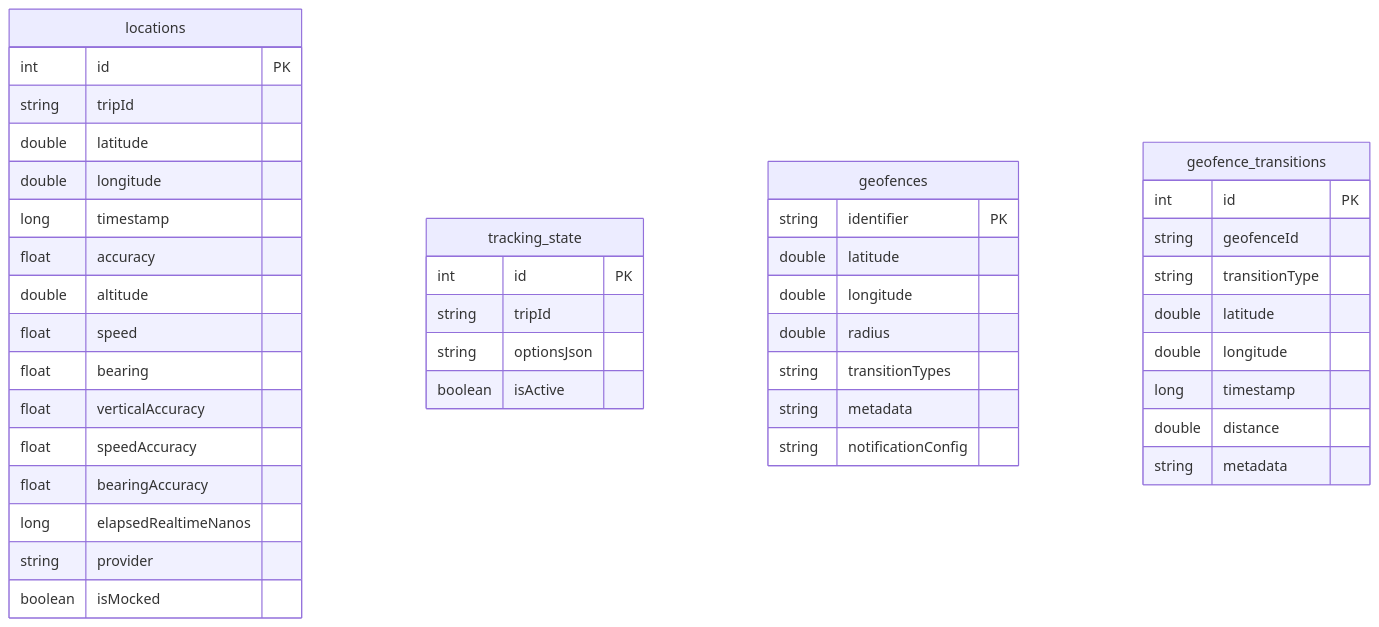
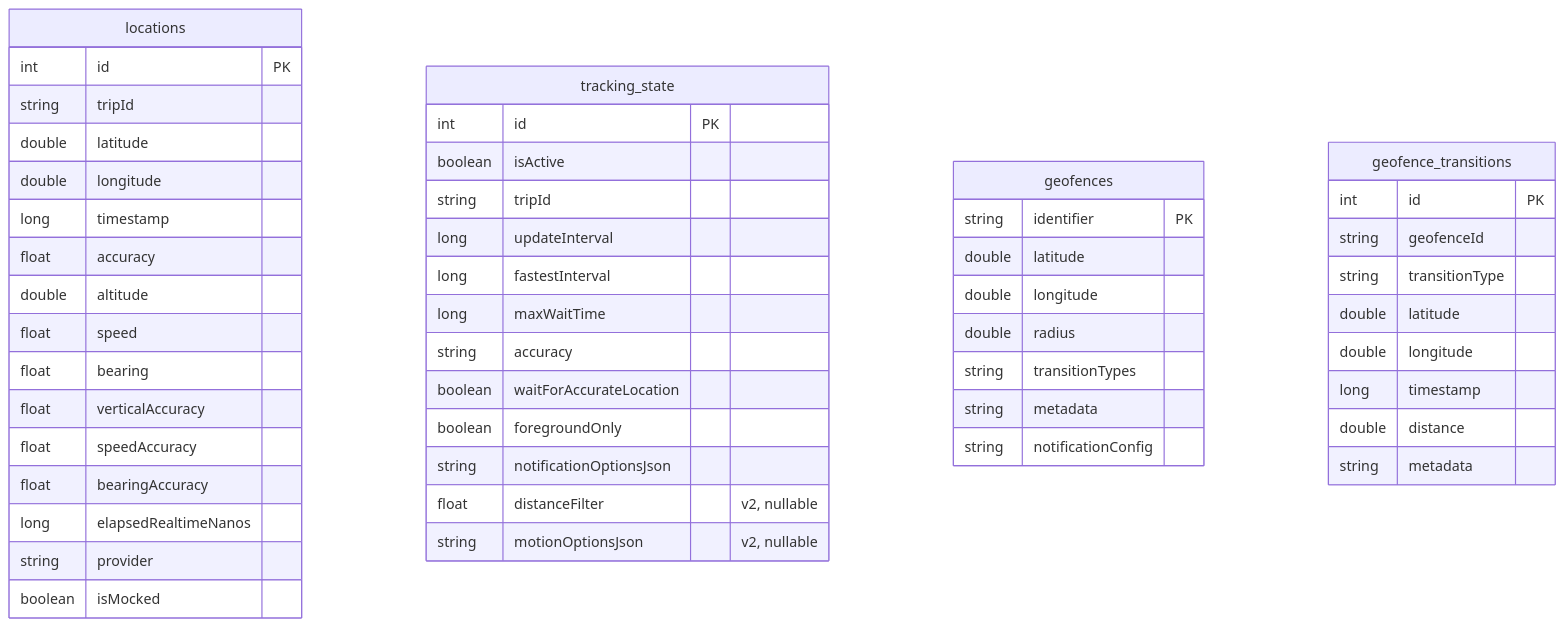
The seventh of 9 diagrams in website/docs/architecture/android-native.md (gabriel-sisjr/react-native-background-location), drawn with Mermaid before and after one commit. The commit also changed other lines of this file and 35 other files, not shown here.

````diff
--- a/website/docs/architecture/android-native.md
+++ b/website/docs/architecture/android-native.md
@@ -263,48 +356,56 @@
 ```mermaid
 erDiagram
     locations {
         int id PK
         string tripId
         double latitude
         double longitude
         long timestamp
         float accuracy
         double altitude
         float speed
         float bearing
         float verticalAccuracy
         float speedAccuracy
         float bearingAccuracy
         long elapsedRealtimeNanos
         string provider
         boolean isMocked
     }
 
     tracking_state {
         int id PK
+        boolean isActive
         string tripId
-        string optionsJson
-        boolean isActive
+        long updateInterval
+        long fastestInterval
+        long maxWaitTime
+        string accuracy
+        boolean waitForAccurateLocation
+        boolean foregroundOnly
+        string notificationOptionsJson
+        float distanceFilter "v2, nullable"
+        string motionOptionsJson "v2, nullable"
     }
 
     geofences {
         string identifier PK
         double latitude
         double longitude
         double radius
         string transitionTypes
         string metadata
         string notificationConfig
     }
 
     geofence_transitions {
         int id PK
         string geofenceId
         string transitionType
         double latitude
         double longitude
         long timestamp
         double distance
         string metadata
     }
 ```
````
